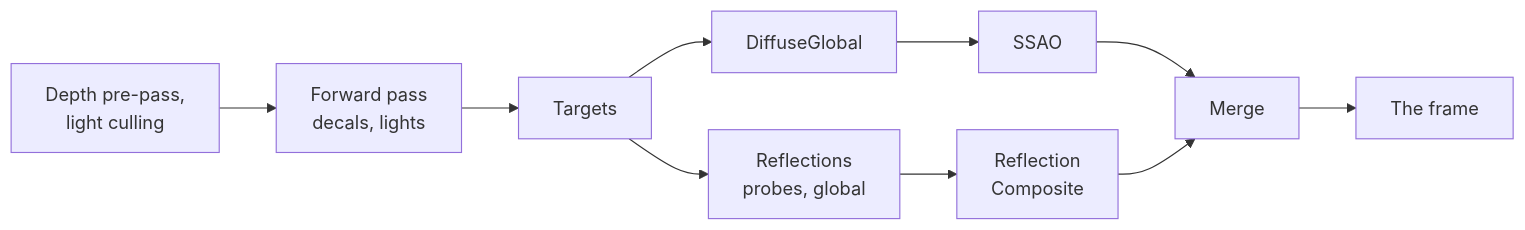
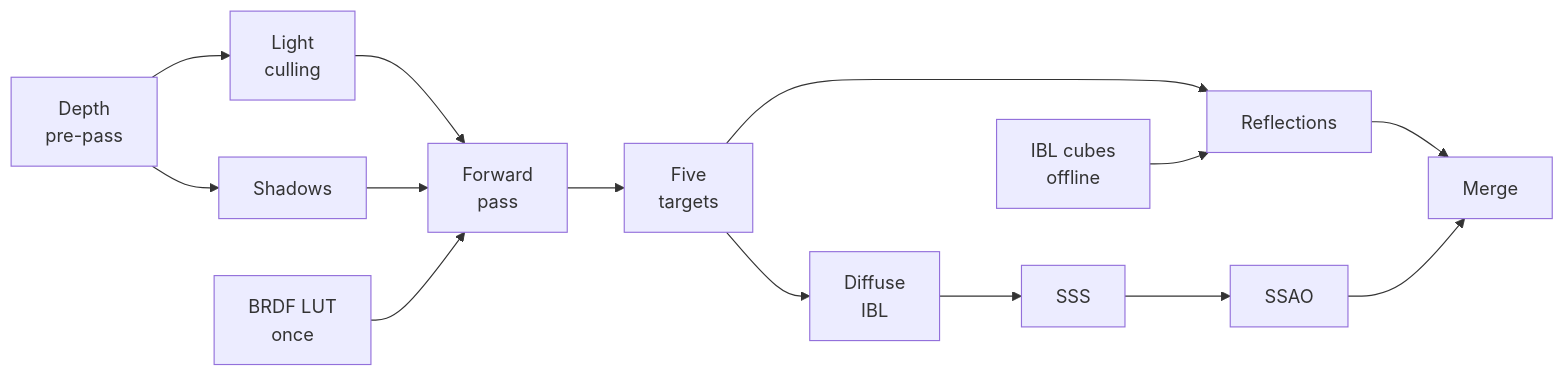
One commit to OppositeNor/render-lab changed the diagram in packages/o3de_lighting/video/diagrams/frame.mmd. Above: the diagram before and after it, drawn with Mermaid. The commit also changed 94 other files, not shown here.

```diff
--- a/packages/o3de_lighting/video/diagrams/frame.mmd
+++ b/packages/o3de_lighting/video/diagrams/frame.mmd
@@ -1,10 +1,14 @@
 flowchart LR
-    CULL["Depth pre-pass,<br/>light culling"] --> FWD["Forward pass<br/>decals, lights"]
-    FWD --> TARGETS["Targets"]
-    TARGETS --> DIFF["DiffuseGlobal"]
-    TARGETS --> REFL["Reflections<br/>probes, global"]
-    REFL --> COMP["Reflection<br/>Composite"]
-    DIFF --> AO["SSAO"]
-    AO --> MERGE["Merge"]
-    COMP --> MERGE
-    MERGE --> FRAME["The frame"]
+    DEPTH["Depth<br/>pre-pass"] --> CULL["Light<br/>culling"]
+    DEPTH --> SHADOW["Shadows"]
+    CULL --> FWD["Forward<br/>pass"]
+    SHADOW --> FWD
+    LUT["BRDF LUT<br/>once"] --> FWD
+    FWD --> TARGETS["Five<br/>targets"]
+    TARGETS --> DIFF["Diffuse<br/>IBL"]
+    TARGETS --> REFL["Reflections"]
+    CUBES["IBL cubes<br/>offline"] --> REFL
+    DIFF --> SSS["SSS"]
+    SSS --> AO["SSAO"]
+    REFL --> MERGE["Merge"]
+    AO --> MERGE
```
